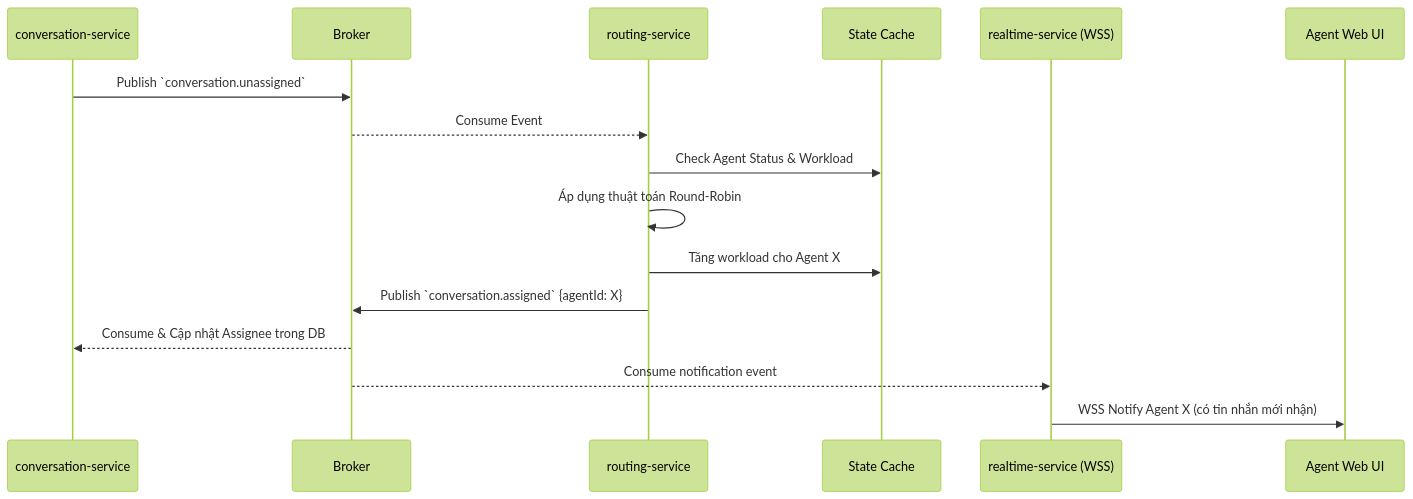
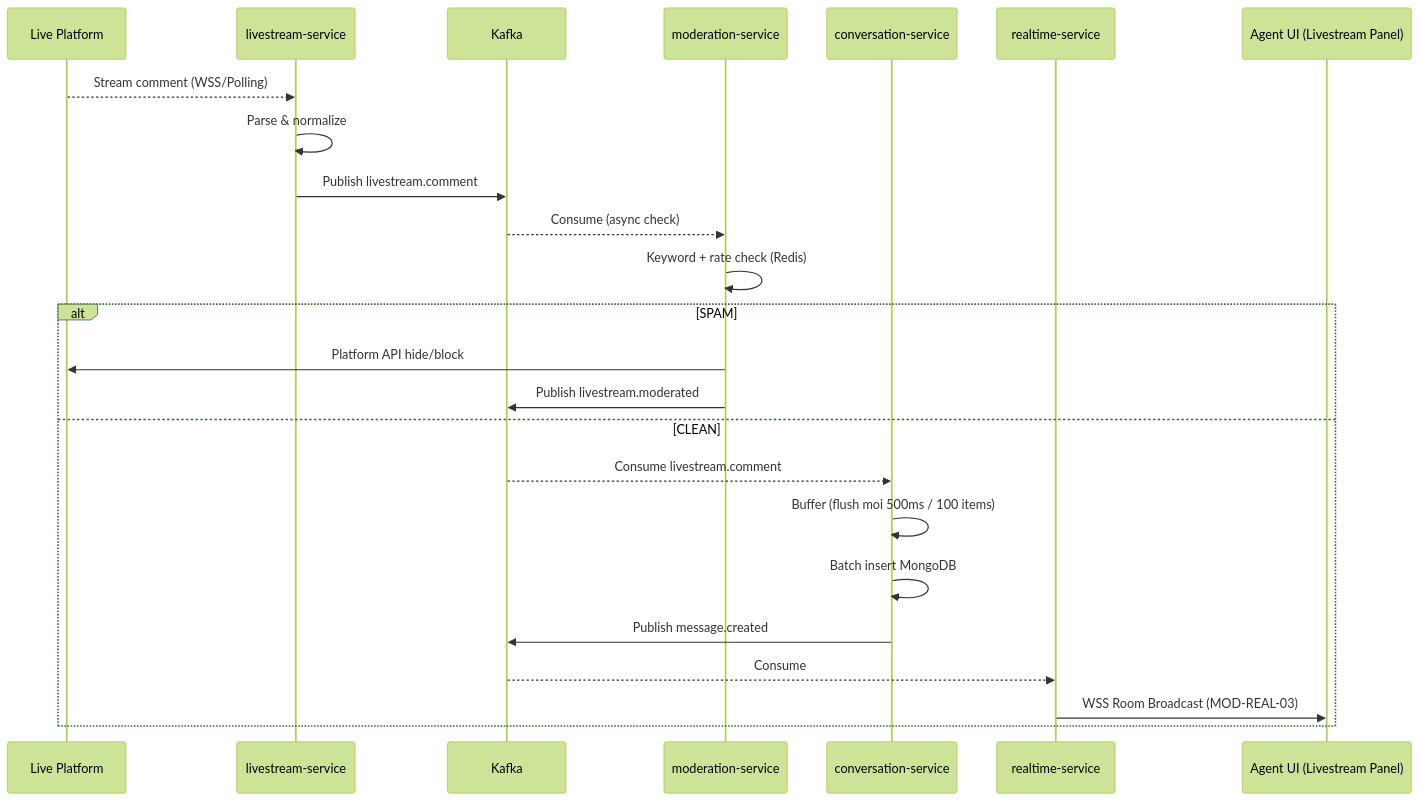
Before and after one commit to vutiendat24/omniChat: the sixth of 10 diagrams in docs/HLD.md, drawn with Mermaid (forest theme). The commit also changed other lines of this file and 3 other files, not shown here.

````diff
--- a/docs/HLD.md
+++ b/docs/HLD.md
@@ -177,20 +410,28 @@
 ```mermaid
 sequenceDiagram
+    participant P as Live Platform
+    participant LIVE as livestream-service
+    participant Kafka as Kafka
+    participant MOD as moderation-service
     participant CONV as conversation-service
-    participant Kafka as Broker
-    participant ROUT as routing-service
-    participant Redis as State Cache
-    participant RT as realtime-service (WSS)
-    participant UI as Agent Web UI
+    participant RT as realtime-service
+    participant UI as Agent UI (Livestream Panel)
 
-    CONV->>Kafka: Publish `conversation.unassigned`
-    Kafka-->>ROUT: Consume Event
-    ROUT->>Redis: Check Agent Status & Workload
-    ROUT->>ROUT: Áp dụng thuật toán Round-Robin
-    ROUT->>Redis: Tăng workload cho Agent X
-    ROUT->>Kafka: Publish `conversation.assigned` {agentId: X}
-    
-    Kafka-->>CONV: Consume & Cập nhật Assignee trong DB
-    Kafka-->>RT: Consume notification event
-    RT->>UI: WSS Notify Agent X (có tin nhắn mới nhận)
+    P-->>LIVE: Stream comment (WSS/Polling)
+    LIVE->>LIVE: Parse & normalize
+    LIVE->>Kafka: Publish livestream.comment
+
+    Kafka-->>MOD: Consume (async check)
+    MOD->>MOD: Keyword + rate check (Redis)
+    alt SPAM
+        MOD->>P: Platform API hide/block
+        MOD->>Kafka: Publish livestream.moderated
+    else CLEAN
+        Kafka-->>CONV: Consume livestream.comment
+        CONV->>CONV: Buffer (flush moi 500ms / 100 items)
+        CONV->>CONV: Batch insert MongoDB
+        CONV->>Kafka: Publish message.created
+        Kafka-->>RT: Consume
+        RT->>UI: WSS Room Broadcast (MOD-REAL-03)
+    end
 ```
````
